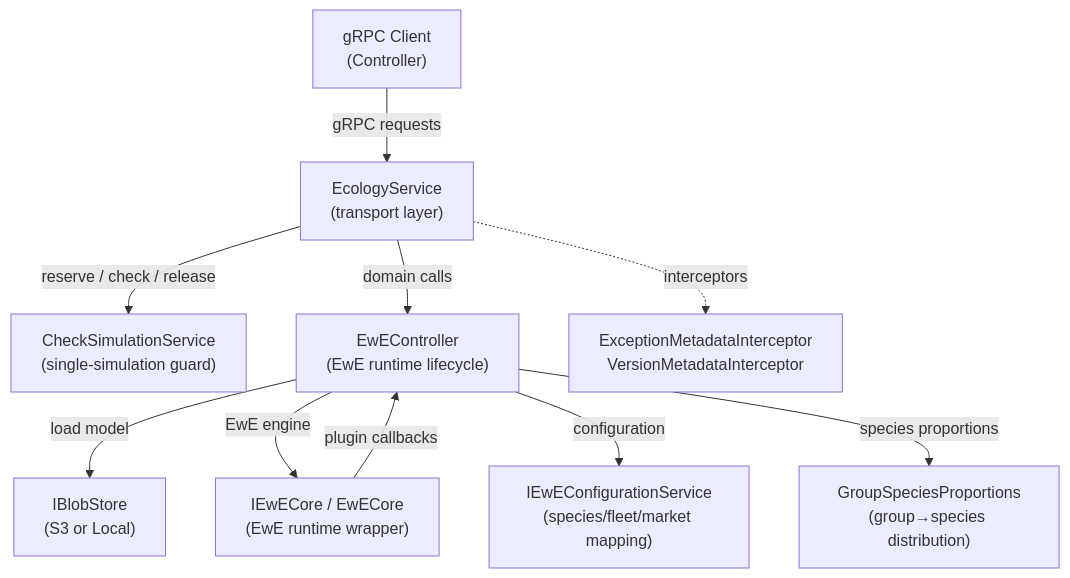
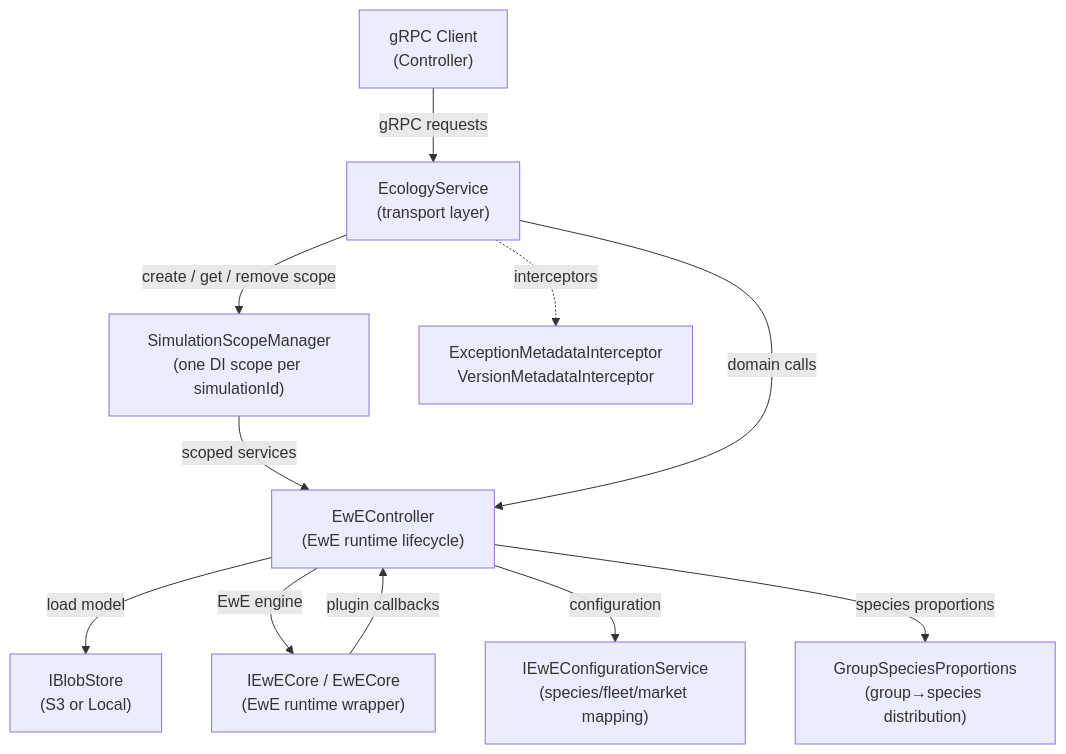
One commit to SURIMI-Project/SURIMI-Ecopath changed the first of 3 diagrams in ecopath_architecture.md. Above: the diagram before and after it, drawn with Mermaid. The commit also changed other lines of this file and 23 other files, not shown here.

````diff
--- a/ecopath_architecture.md
+++ b/ecopath_architecture.md
@@ -110,12 +113,13 @@
 ```mermaid
 flowchart TD
     A["gRPC Client\n(Controller)"] -->|"gRPC requests"| B["EcologyService\n(transport layer)"]
-    B -->|"reserve / check / release"| C["CheckSimulationService\n(single-simulation guard)"]
-    B -->|"domain calls"| D["EwEController\n(EwE runtime lifecycle)"]
+    B -->|"create / get / remove scope"| C["SimulationScopeManager\n(one DI scope per simulationId)"]
+    C -->|"scoped services"| D["EwEController\n(EwE runtime lifecycle)"]
+    B -->|"domain calls"| D
     D -->|"load model"| E["IBlobStore\n(S3 or Local)"]
     D -->|"EwE engine"| F["IEwECore / EwECore\n(EwE runtime wrapper)"]
     D -->|"configuration"| G["IEwEConfigurationService\n(species/fleet/market mapping)"]
     D -->|"species proportions"| H["GroupSpeciesProportions\n(group→species distribution)"]
     F -->|"plugin callbacks"| D
     B -.->|"interceptors"| I["ExceptionMetadataInterceptor\nVersionMetadataInterceptor"]
 ```
````
